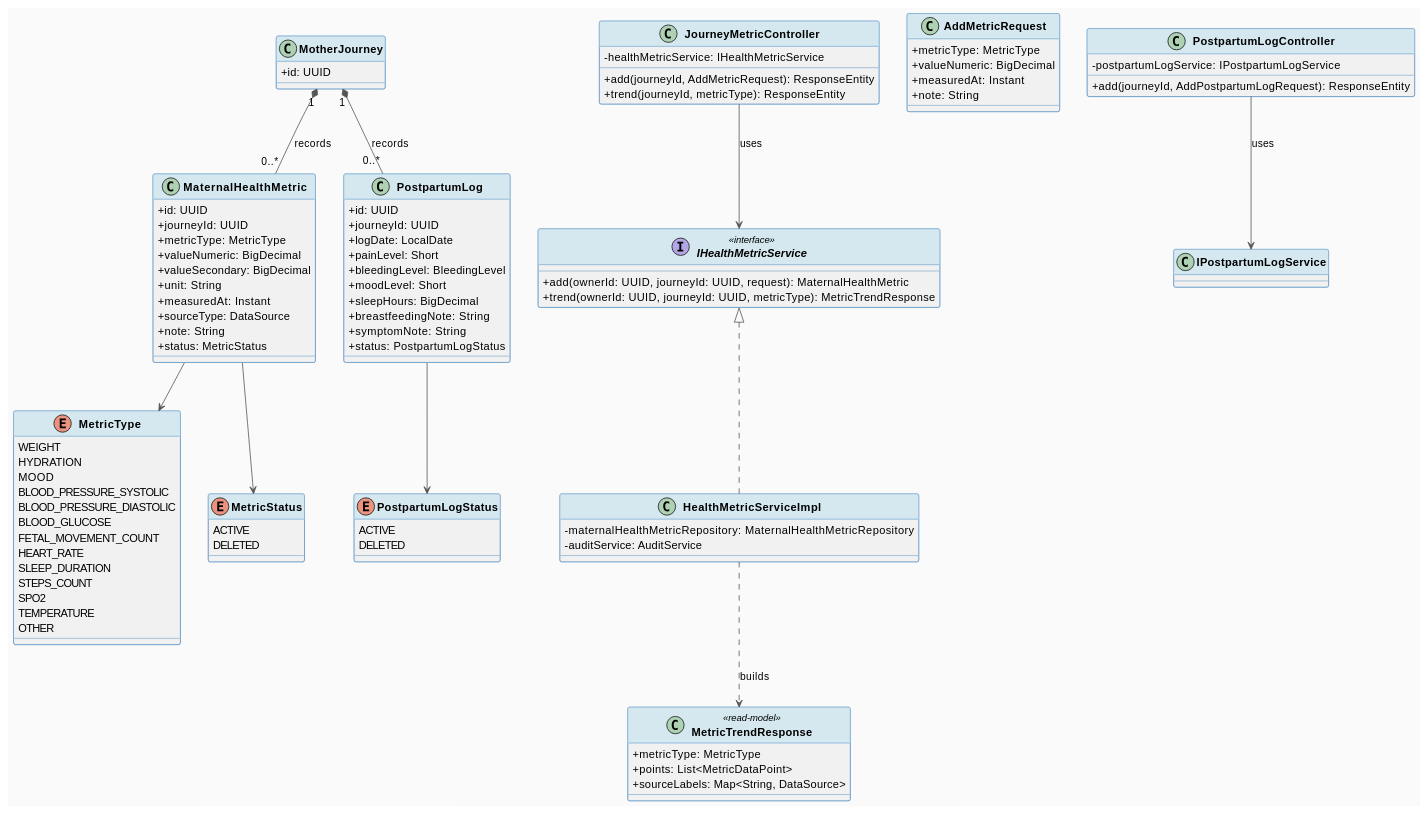
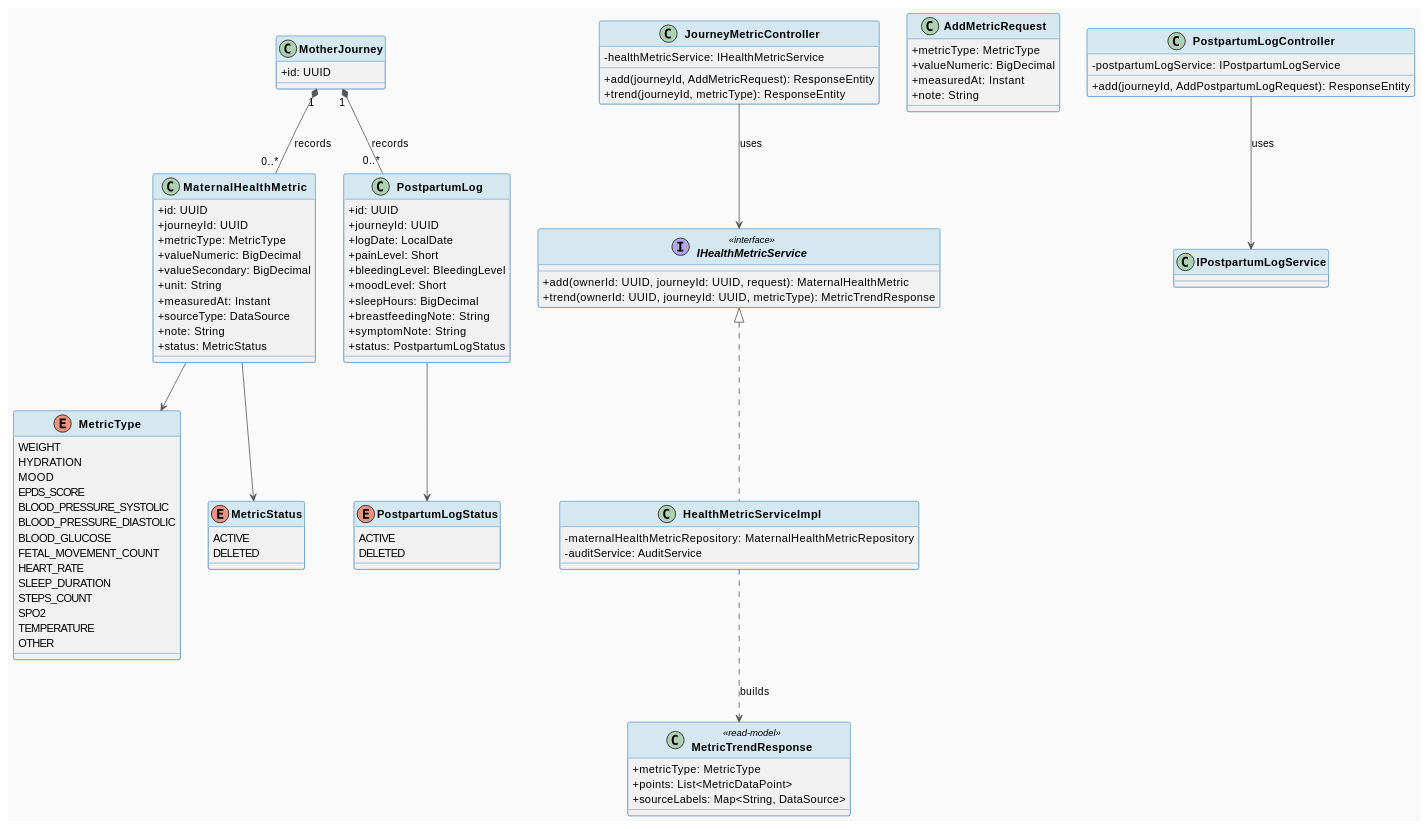
The first of 3 diagrams in docs/Detailed_Design/MF02_Mother_Care_Journey/02_Maternal_Health_Postpartum_Tracking.md (ChuongBDHE172784/CareBridge_SEP490_G79), drawn with PlantUML before and after one commit. The commit also changed other lines of this file and 11 other files, not shown here.

```diff
--- a/docs/Detailed_Design/MF02_Mother_Care_Journey/02_Maternal_Health_Postpartum_Tracking.md
+++ b/docs/Detailed_Design/MF02_Mother_Care_Journey/02_Maternal_Health_Postpartum_Tracking.md
@@ -63,6 +75,7 @@
   WEIGHT
   HYDRATION
   MOOD
+  EPDS_SCORE
   BLOOD_PRESSURE_SYSTOLIC
   BLOOD_PRESSURE_DIASTOLIC
   BLOOD_GLUCOSE
```
